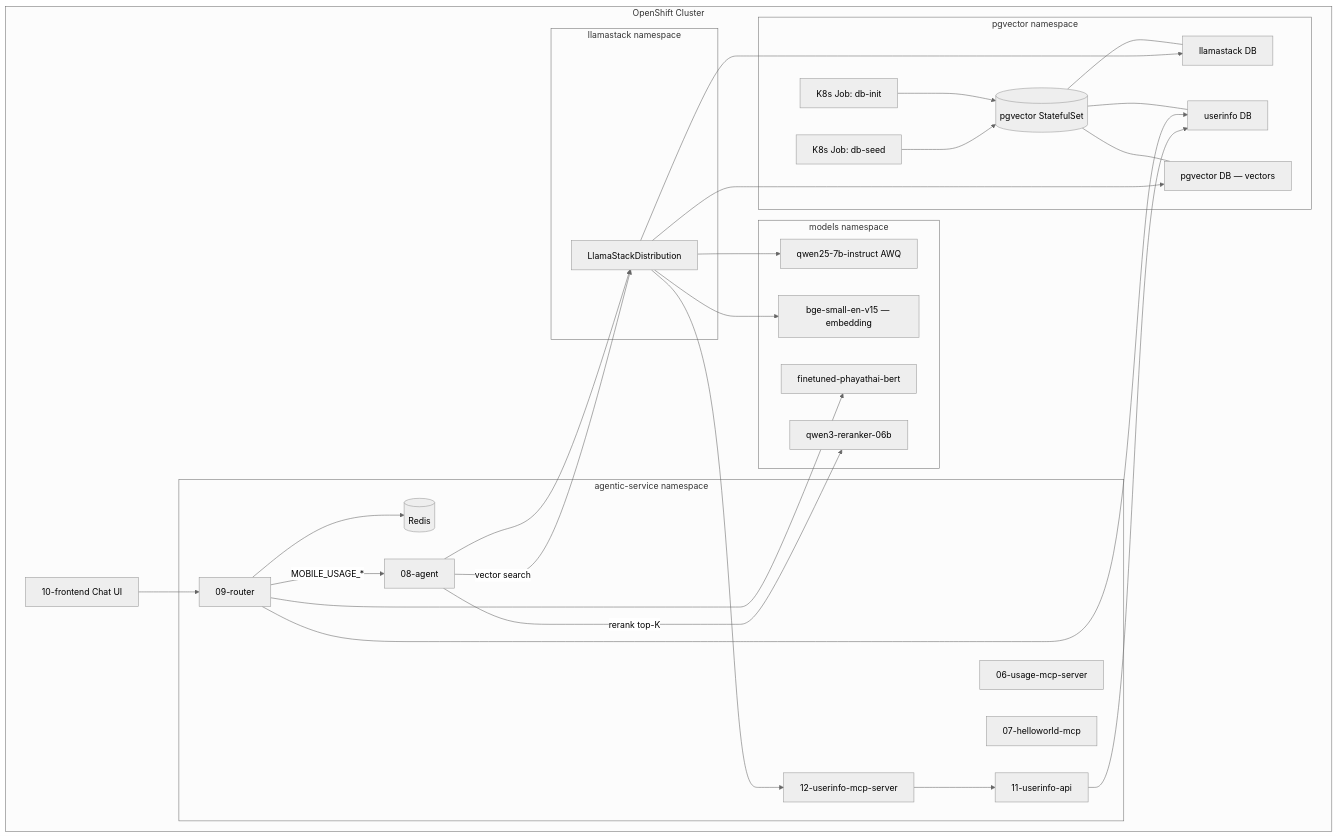
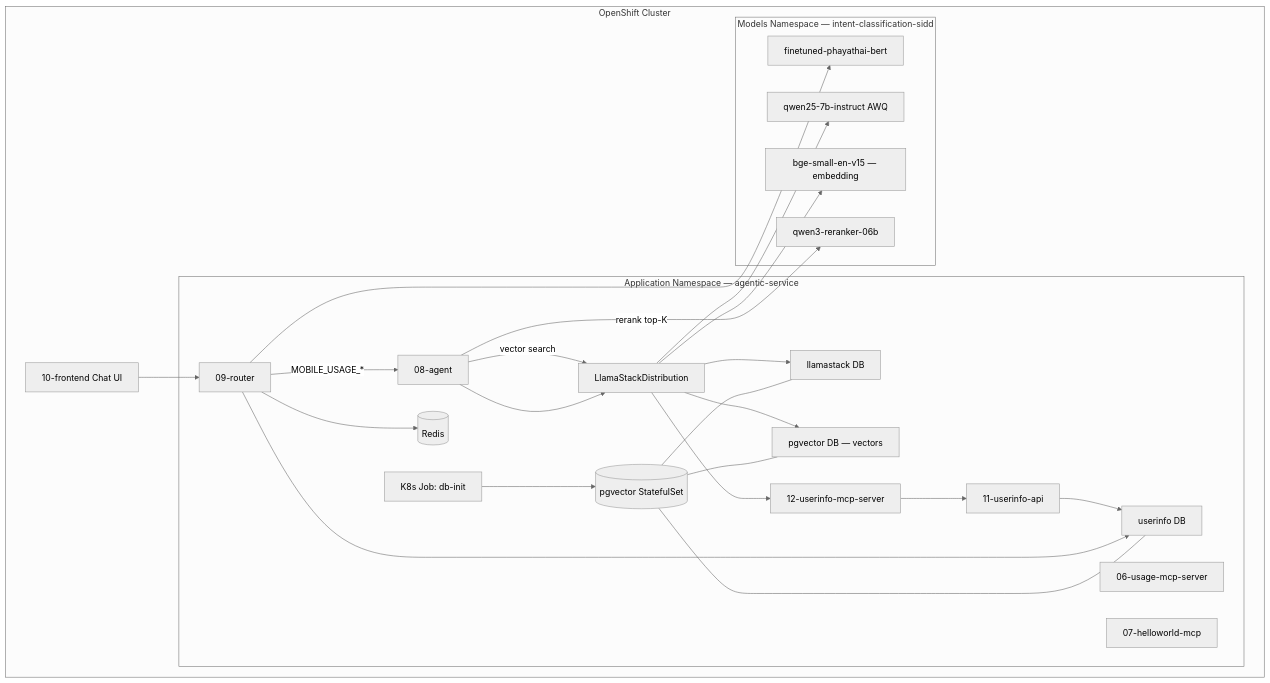
The diagram in docs/architecture.md (sidde3/agentic-service), drawn with Mermaid (neutral theme) before and after one commit. The commit also changed other lines of this file and 29 other files, not shown here.

````diff
--- a/docs/architecture.md
+++ b/docs/architecture.md
@@ -7,51 +7,45 @@
 ```mermaid
 flowchart TB
   subgraph cluster [OpenShift Cluster]
-    subgraph pgNS [pgvector namespace]
+    subgraph ns [Application Namespace — agentic-service]
       PG[(pgvector StatefulSet)]
       DB1[llamastack DB]
       DB2[userinfo DB]
       DB3[pgvector DB — vectors]
       PG --- DB1
       PG --- DB2
       PG --- DB3
       Job1[K8s Job: db-init]
-      Job2[K8s Job: db-seed]
       Job1 --> PG
-      Job2 --> PG
-    end
-    subgraph models [models namespace]
-      BERT[finetuned-phayathai-bert]
-      Qwen[qwen25-7b-instruct AWQ]
-      BGE[bge-small-en-v15 — embedding]
-      Reranker[qwen3-reranker-06b]
-    end
-    subgraph ls [llamastack namespace]
       LS[LlamaStackDistribution]
-      LS --> Qwen
-      LS --> BGE
-      LS --> DB1
-      LS --> DB3
-    end
-    subgraph svc [agentic-service namespace]
       Redis[(Redis)]
       Router[09-router]
       Agent[08-agent]
       UsageMCP[06-usage-mcp-server]
       HelloMCP[07-helloworld-mcp]
       UserInfoAPI[11-userinfo-api]
       UserInfoMCP[12-userinfo-mcp-server]
     end
+    subgraph models [Models Namespace — intent-classification-sidd]
+      BERT[finetuned-phayathai-bert]
+      Qwen[qwen25-7b-instruct AWQ]
+      BGE[bge-small-en-v15 — embedding]
+      Reranker[qwen3-reranker-06b]
+    end
+    LS --> Qwen
+    LS --> BGE
+    LS --> DB1
+    LS --> DB3
     Client[10-frontend Chat UI] --> Router
     Router --> BERT
     Router -->|MOBILE_USAGE_*| Agent
     Router --> Redis
     Router --> DB2
     Agent --> LS
     Agent -->|vector search| LS
     Agent -->|rerank top-K| Reranker
     LS --> UserInfoMCP
     UserInfoMCP --> UserInfoAPI
     UserInfoAPI --> DB2
   end
 ```
````
